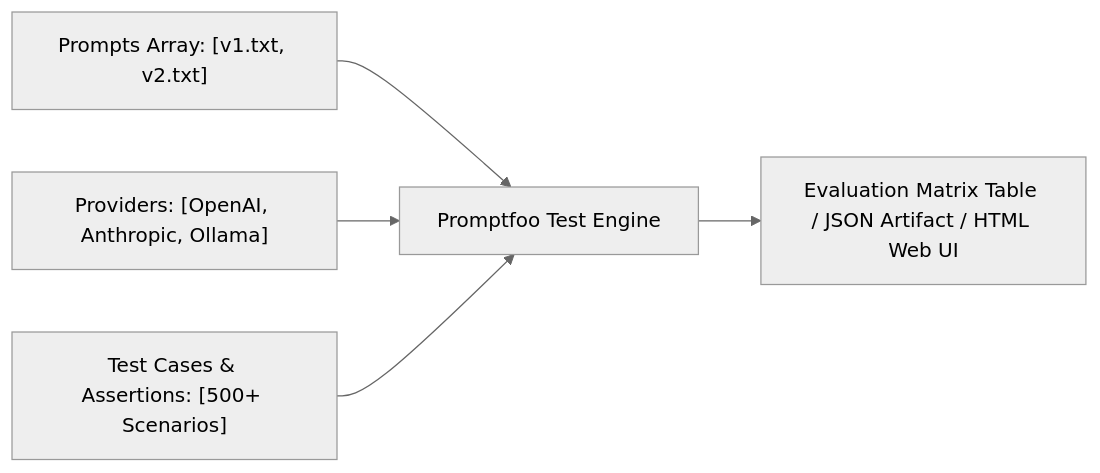
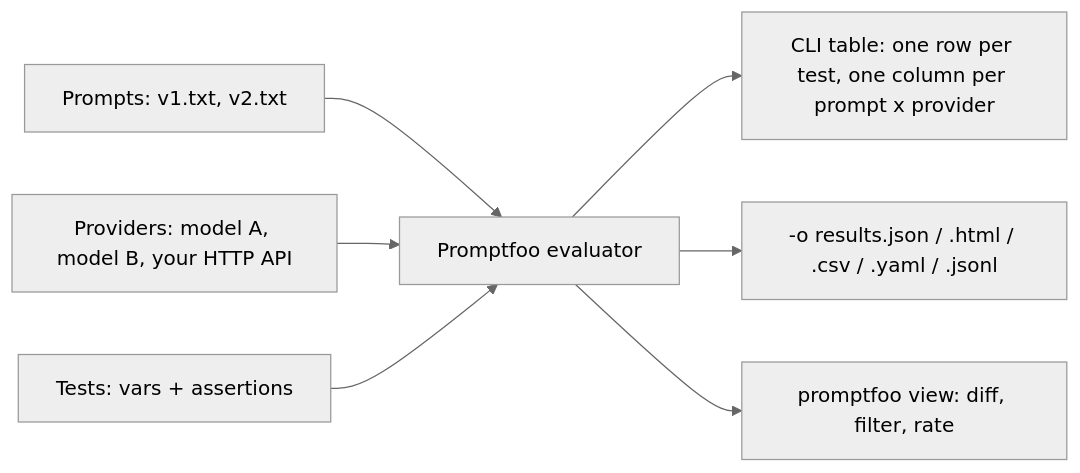
The fifth of 24 diagrams in README.md (TheLearningHubOrg/learn-promptfoo), drawn with Mermaid (neutral theme) before and after one commit. The commit also changed other lines of this file and 31 other files, not shown here.

````diff
--- a/README.md
+++ b/README.md
@@ -68,7 +355,9 @@
 ```mermaid
-graph LR
-    PROMPTS["Prompts Array: [v1.txt, v2.txt]"] --> RUNNER["Promptfoo Test Engine"]
-    PROVIDERS["Providers: [OpenAI, Anthropic, Ollama]"] --> RUNNER
-    TESTS["Test Cases & Assertions: [500+ Scenarios]"] --> RUNNER
-    RUNNER --> REPORT["Evaluation Matrix Table / JSON Artifact / HTML Web UI"]
+flowchart LR
+    P["Prompts: v1.txt, v2.txt"] --> R["Promptfoo evaluator"]
+    V["Providers: model A, model B, your HTTP API"] --> R
+    T["Tests: vars + assertions"] --> R
+    R --> TBL["CLI table: one row per test, one column per prompt x provider"]
+    R --> JSON["-o results.json / .html / .csv / .yaml / .jsonl"]
+    R --> UI["promptfoo view: diff, filter, rate"]
 ```
````
